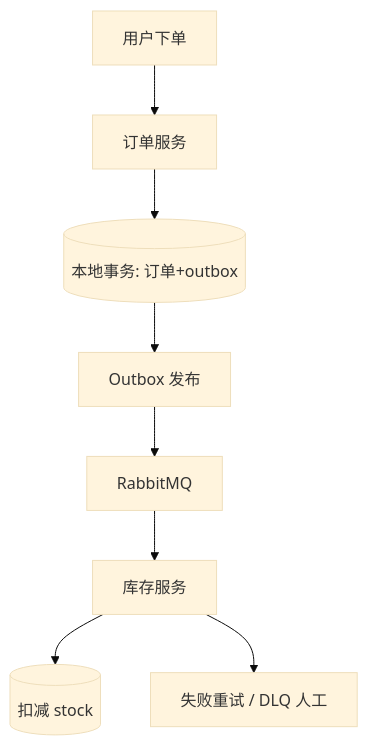
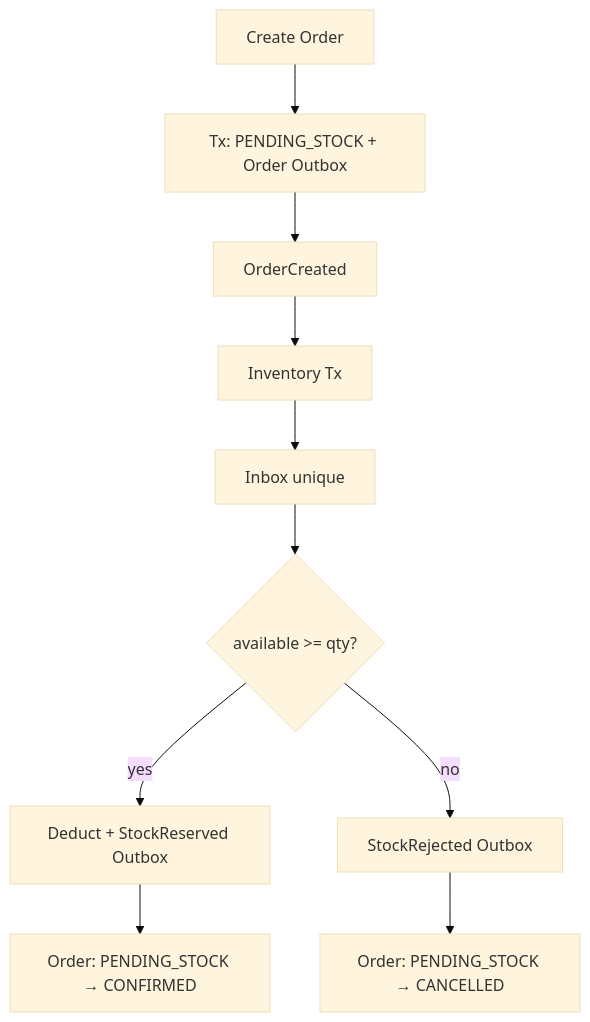
One commit to moqix26/study changed the second of 2 diagrams in 后端学习/系统设计/06-分布式一致性与CAP.md. Above: the diagram before and after it, drawn with Mermaid (base theme). The commit also changed other lines of this file and 202 other files, not shown here.

````diff
--- a/后端学习/系统设计/06-分布式一致性与CAP.md
+++ b/后端学习/系统设计/06-分布式一致性与CAP.md
@@ -624,10 +430,12 @@
 ```mermaid
 flowchart TD
-    U[用户下单] --> OS[订单服务]
-    OS --> LT[(本地事务: 订单+outbox)]
-    LT --> Pub[Outbox 发布]
-    Pub --> MQ[RabbitMQ]
-    MQ --> IS[库存服务]
-    IS --> DB2[(扣减 stock)]
-    IS --> CB[失败重试 / DLQ 人工]
+    A[Create Order] --> B[Tx: PENDING_STOCK + Order Outbox]
+    B --> C[OrderCreated]
+    C --> D[Inventory Tx]
+    D --> E[Inbox unique]
+    E --> F{available >= qty?}
+    F -->|yes| G[Deduct + StockReserved Outbox]
+    F -->|no| H[StockRejected Outbox]
+    G --> I[Order: PENDING_STOCK → CONFIRMED]
+    H --> J[Order: PENDING_STOCK → CANCELLED]
 ```
````
